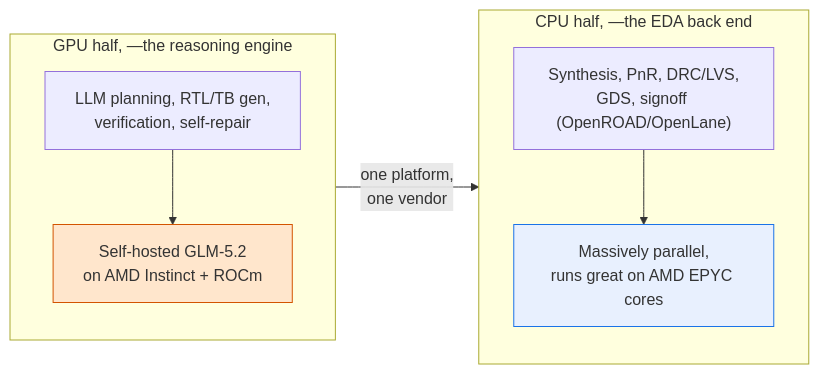
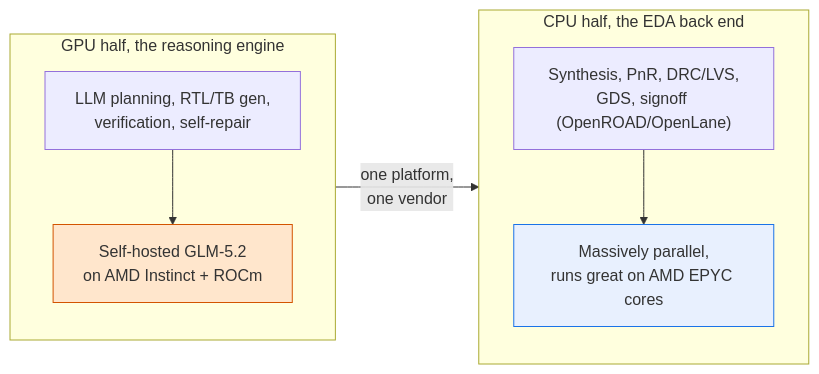
One commit to radhian/Chip-Orchestra changed the fourth of 9 diagrams in docs/platform_x_amd_deck.md. Above: the diagram before and after it, drawn with Mermaid. The commit also changed other lines of this file, not shown here.

````diff
--- a/docs/platform_x_amd_deck.md
+++ b/docs/platform_x_amd_deck.md
@@ -124,18 +122,18 @@
 ```mermaid
 flowchart LR
-    subgraph GPU["GPU half, —the reasoning engine"]
+    subgraph GPU["GPU half, the reasoning engine"]
         direction TB
         G1["LLM planning, RTL/TB gen,<br/>verification, self-repair"]
         G2["Self-hosted GLM-5.2<br/>on AMD Instinct + ROCm"]
         G1 --> G2
     end
-    subgraph CPU["CPU half, —the EDA back end"]
+    subgraph CPU["CPU half, the EDA back end"]
         direction TB
         C1["Synthesis, PnR, DRC/LVS,<br/>GDS, signoff (OpenROAD/OpenLane)"]
         C2["Massively parallel,<br/>runs great on AMD EPYC cores"]
         C1 --> C2
     end
     GPU -->|"one platform,<br/>one vendor"| CPU
     style G2 fill:#ffe6cc,stroke:#d35400
     style C2 fill:#e8f0fe,stroke:#1a73e8
 ```
````
